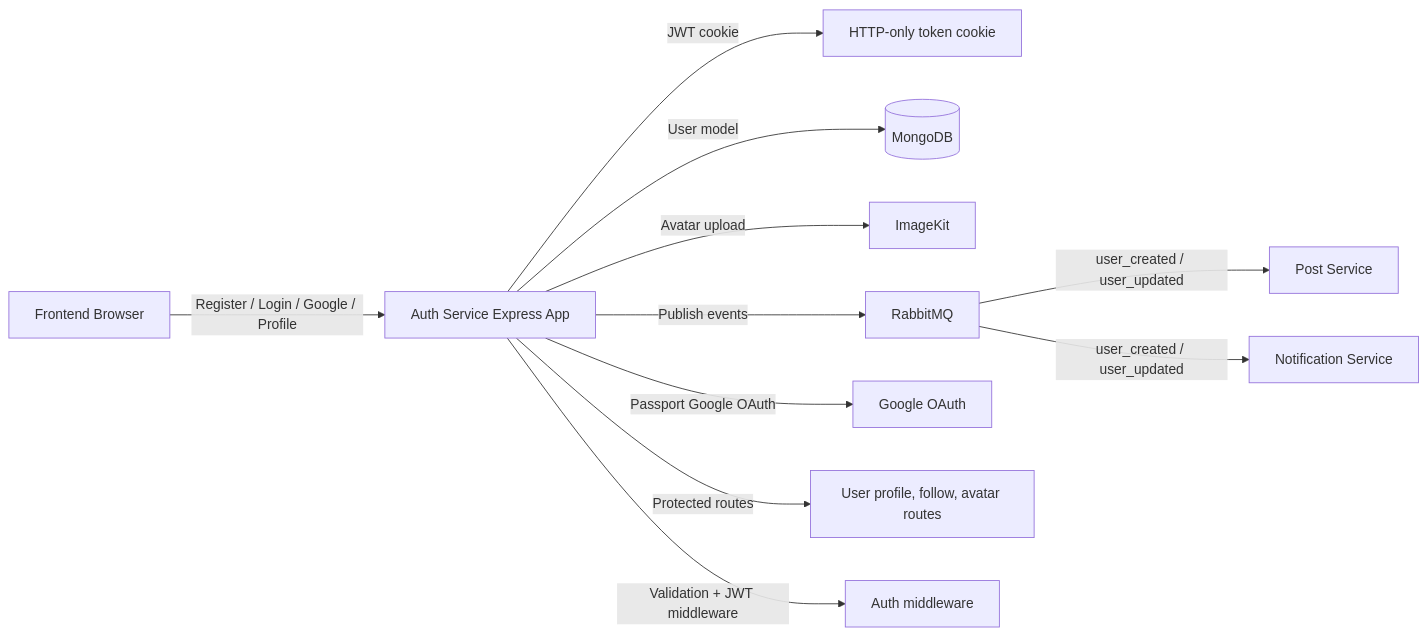
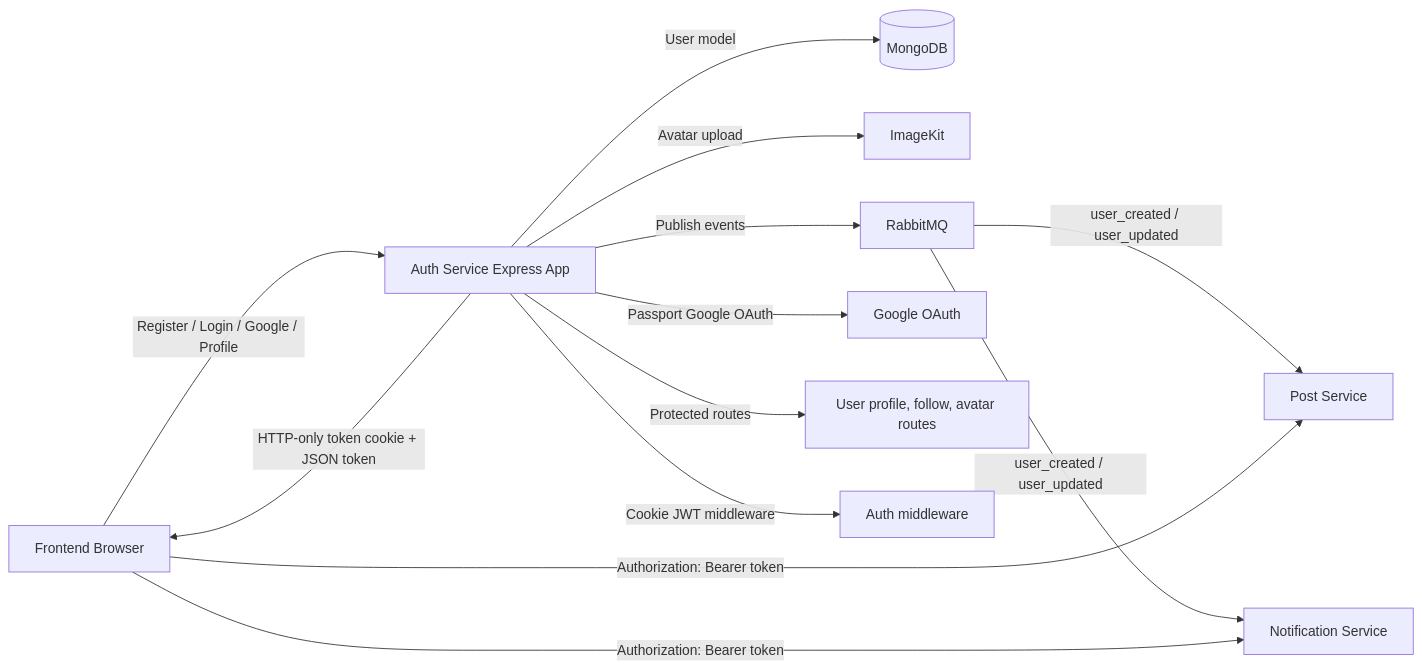
One commit to taiyeba-software/verbascope-social-ml changed the diagram in services/auth-service/README.md. Above: the diagram before and after it, drawn with Mermaid. The commit also changed other lines of this file and 19 other files, not shown here.

````diff
--- a/services/auth-service/README.md
+++ b/services/auth-service/README.md
@@ -17,15 +18,17 @@
 ```mermaid
 flowchart LR
     FE[Frontend Browser] -->|Register / Login / Google / Profile| AUTH[Auth Service Express App]
-    AUTH -->|JWT cookie| COOKIE[HTTP-only token cookie]
+    AUTH -->|HTTP-only token cookie + JSON token| FE
     AUTH -->|User model| MONGO[(MongoDB)]
     AUTH -->|Avatar upload| IMAGEKIT[ImageKit]
     AUTH -->|Publish events| RABBIT[RabbitMQ]
 
     RABBIT -->|user_created / user_updated| POST[Post Service]
     RABBIT -->|user_created / user_updated| NOTIFY[Notification Service]
 
     AUTH -->|Passport Google OAuth| GOOGLE[Google OAuth]
     AUTH -->|Protected routes| USERCTRL[User profile, follow, avatar routes]
-    AUTH -->|Validation + JWT middleware| AUTHMW[Auth middleware]
+    FE -->|Authorization: Bearer token| POST
+    FE -->|Authorization: Bearer token| NOTIFY
+    AUTH -->|Cookie JWT middleware| AUTHMW[Auth middleware]
 ```
````
